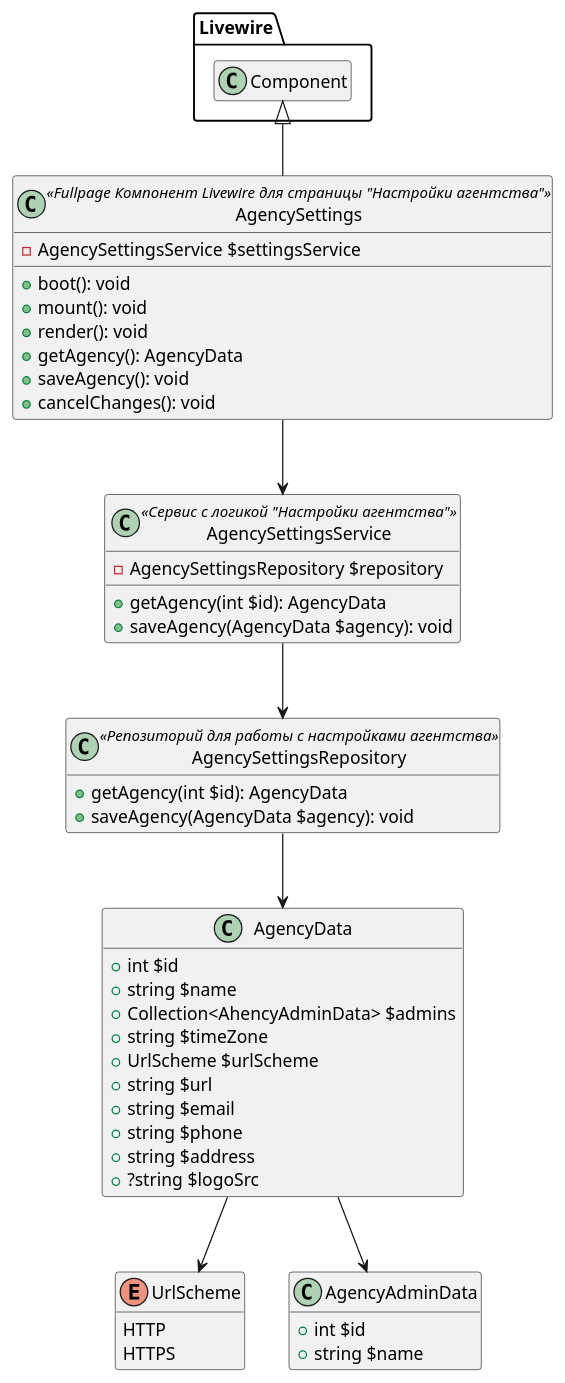
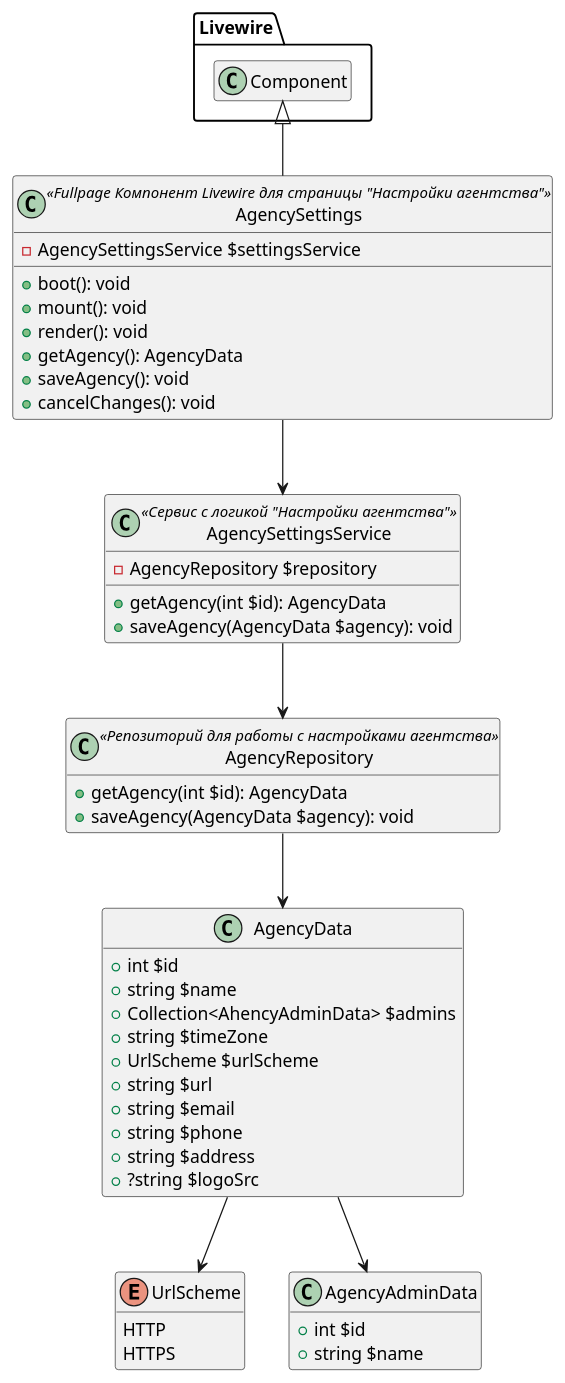
One commit to Respayn/casini changed the diagram in docs/diagrams/agency_settings/code_components.wsd. Above: the diagram before and after it, drawn with PlantUML. The commit also changed 23 other files, not shown here.

```diff
--- a/docs/diagrams/agency_settings/code_components.wsd
+++ b/docs/diagrams/agency_settings/code_components.wsd
@@ -1,60 +1,60 @@
 @startuml Agency Settings - Code Components
 
 hide empty members
 
 enum UrlScheme {
     HTTP
     HTTPS
 }
 
 class AgencyAdminData {
     + int $id
     + string $name
 }
 
 class AgencyData {
     + int $id
     + string $name
     + Collection<AhencyAdminData> $admins
     + string $timeZone
     + UrlScheme $urlScheme
     + string $url
     + string $email
     + string $phone
     + string $address
     + ?string $logoSrc
 }
 
 class AgencySettingsService <<Сервис с логикой "Настройки агентства">> {
-    - AgencySettingsRepository $repository
+    - AgencyRepository $repository
 
     + getAgency(int $id): AgencyData
     + saveAgency(AgencyData $agency): void
 }
 
-class AgencySettingsRepository <<Репозиторий для работы с настройками агентства>> {
+class AgencyRepository <<Репозиторий для работы с настройками агентства>> {
     + getAgency(int $id): AgencyData
     + saveAgency(AgencyData $agency): void
 }
 
 class AgencySettings <<Fullpage Компонент Livewire для страницы "Настройки агентства">> extends Livewire.Component {
     - AgencySettingsService $settingsService
 
     + boot(): void
     + mount(): void
     + render(): void
     + getAgency(): AgencyData
     + saveAgency(): void
     + cancelChanges(): void
 }
 
 AgencySettings --> AgencySettingsService
 
-AgencySettingsService --> AgencySettingsRepository
+AgencySettingsService --> AgencyRepository
 
-AgencySettingsRepository --> AgencyData
+AgencyRepository --> AgencyData
 
 AgencyData --> AgencyAdminData
 AgencyData --> UrlScheme
 
 @enduml
```
